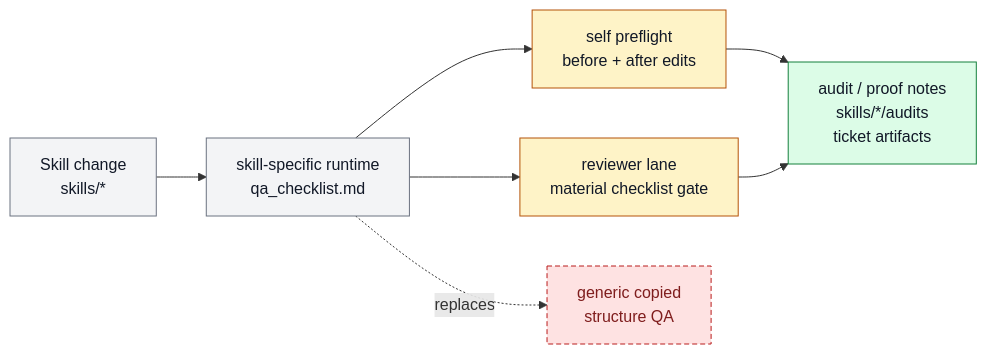
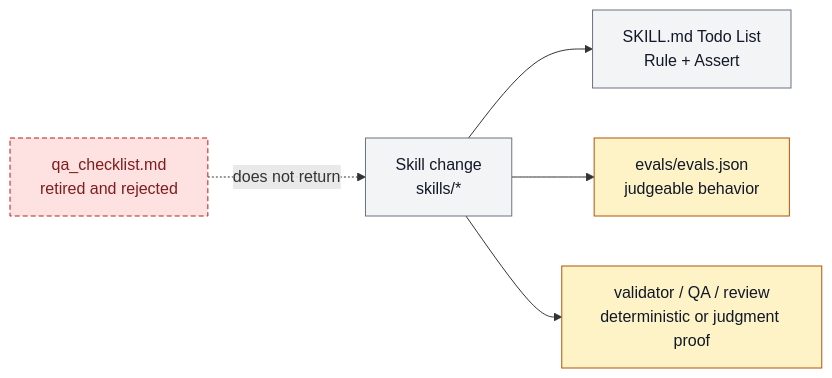
One commit to ZanarkandTechnologies/Farplane changed the diagram in docs/features/FEAT-0057-skill-local-qa-checklist-artifacts.md. Above: the diagram before and after it, drawn with Mermaid. The commit also changed other lines of this file and 234 other files, not shown here.

Commit message:
refactor(skills): retire QA checklist sidecars

````diff
--- a/docs/features/FEAT-0057-skill-local-qa-checklist-artifacts.md
+++ b/docs/features/FEAT-0057-skill-local-qa-checklist-artifacts.md
@@ -97,21 +86,18 @@
 ```mermaid
 flowchart LR
   classDef keep fill:#f3f4f6,stroke:#6b7280,color:#111827
   classDef changed fill:#fef3c7,stroke:#b45309,color:#111827
   classDef added fill:#dcfce7,stroke:#15803d,color:#111827
   classDef retired fill:#fee2e2,stroke:#b91c1c,color:#7f1d1d,stroke-dasharray: 5 3
 
   change["Skill change<br/>skills/*"]:::keep
-  checklist["skill-specific runtime<br/>qa_checklist.md"]:::keep
-  preflight["self preflight<br/>before + after edits"]:::changed
-  reviewer["reviewer lane<br/>material checklist gate"]:::changed
-  proof["audit / proof notes<br/>skills/*/audits<br/>ticket artifacts"]:::added
-  vague["generic copied<br/>structure QA"]:::retired
+  nodes["SKILL.md Todo List<br/>Rule + Assert"]:::keep
+  evals["evals/evals.json<br/>judgeable behavior"]:::changed
+  validation["validator / QA / review<br/>deterministic or judgment proof"]:::changed
+  sidecar["qa_checklist.md<br/>retired and rejected"]:::retired
 
-  change --> checklist
-  checklist --> preflight
-  checklist --> reviewer
-  preflight --> proof
-  reviewer --> proof
-  checklist -. replaces .-> vague
+  change --> nodes
+  change --> evals
+  change --> validation
+  sidecar -. does not return .-> change
 ```
````
